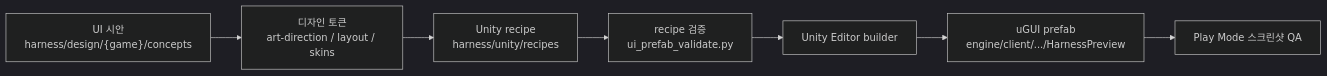
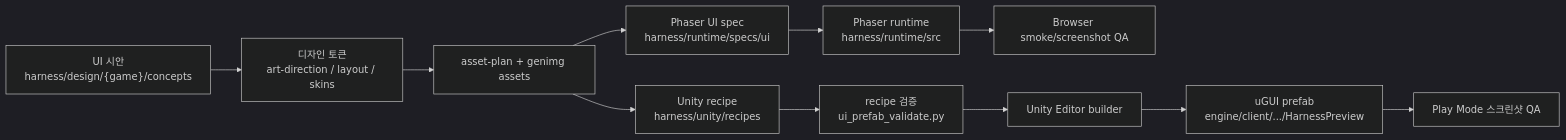
One commit to realcom/idle-generator changed the sixth of 7 diagrams in README.md. Above: the diagram before and after it, drawn with Mermaid (dark theme). The commit also changed other lines of this file and 358 other files, not shown here.

Commit message:
chore(harness): add ninja2 runtime and content assets

````diff
--- a/README.md
+++ b/README.md
@@ -521,9 +528,13 @@
 ```mermaid
 flowchart LR
     Concept["UI 시안\nharness/design/{game}/concepts"] --> Tokens["디자인 토큰\nart-direction / layout / skins"]
-    Tokens --> Recipe["Unity recipe\nharness/unity/recipes"]
+    Tokens --> Assets["asset-plan + genimg assets"]
+    Assets --> PhaserSpec["Phaser UI spec\nharness/runtime/specs/ui"]
+    Assets --> Recipe["Unity recipe\nharness/unity/recipes"]
+    PhaserSpec --> PhaserRuntime["Phaser runtime\nharness/runtime/src"]
+    PhaserRuntime --> PhaserQA["Browser smoke/screenshot QA"]
     Recipe --> Validator["recipe 검증\nui_prefab_validate.py"]
     Validator --> Builder["Unity Editor builder"]
     Builder --> Prefab["uGUI prefab\nengine/client/.../HarnessPreview"]
     Prefab --> QA["Play Mode 스크린샷 QA"]
 ```
````
